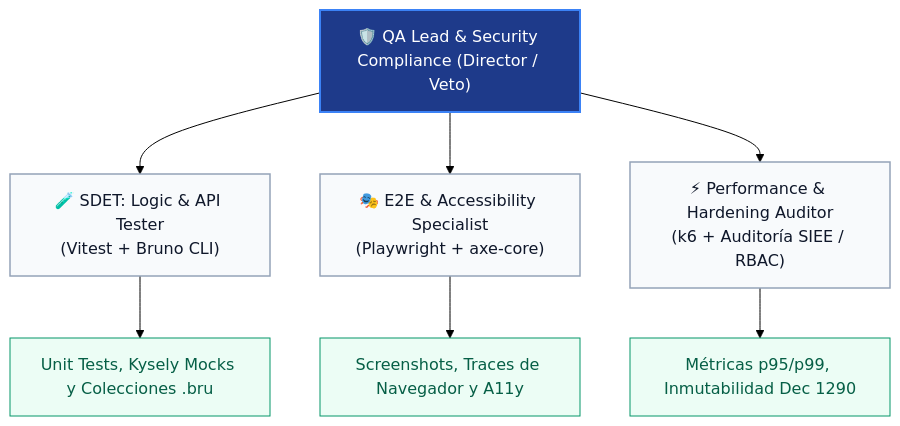
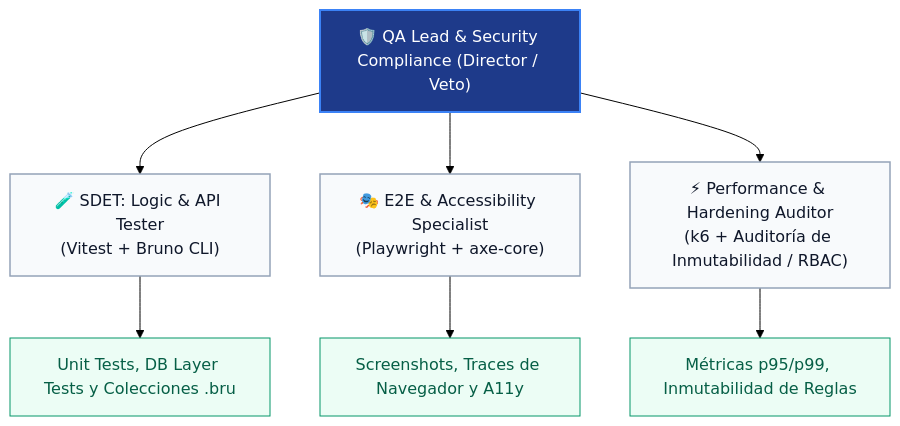
Before and after one commit to DanExl24/multiagent-sdlc-starter: the diagram in multiAgents/05_qa_security_tester/ROLE.md, drawn with Mermaid (forest theme). The commit also changed other lines of this file and 35 other files, not shown here.

````diff
--- a/multiAgents/05_qa_security_tester/ROLE.md
+++ b/multiAgents/05_qa_security_tester/ROLE.md
@@ -68,20 +68,20 @@
 ```mermaid
 graph TD
     QALead["🛡️ QA Lead & Security Compliance (Director / Veto)"]
     
     QALead --> SubRole1["🧪 SDET: Logic & API Tester<br/>(Vitest + Bruno CLI)"]
     QALead --> SubRole2["🎭 E2E & Accessibility Specialist<br/>(Playwright + axe-core)"]
-    QALead --> SubRole3["⚡ Performance & Hardening Auditor<br/>(k6 + Auditoría SIEE / RBAC)"]
+    QALead --> SubRole3["⚡ Performance & Hardening Auditor<br/>(k6 + Auditoría de Inmutabilidad / RBAC)"]
 
-    SubRole1 --> Artifacts["Unit Tests, Kysely Mocks y Colecciones .bru"]
+    SubRole1 --> Artifacts["Unit Tests, DB Layer Tests y Colecciones .bru"]
     SubRole2 --> Visual["Screenshots, Traces de Navegador y A11y"]
-    SubRole3 --> Stress["Métricas p95/p99, Inmutabilidad Dec 1290"]
+    SubRole3 --> Stress["Métricas p95/p99, Inmutabilidad de Reglas"]
 
     classDef lead fill:#1e3a8a,stroke:#3b82f6,color:#ffffff,stroke-width:2px;
     classDef sub fill:#f8fafc,stroke:#94a3b8,color:#0f172a,stroke-width:1.5px;
     classDef art fill:#ecfdf5,stroke:#059669,color:#065f46,stroke-width:1px;
 
     class QALead lead;
     class SubRole1,SubRole2,SubRole3 sub;
     class Artifacts,Visual,Stress art;
 ```
````
